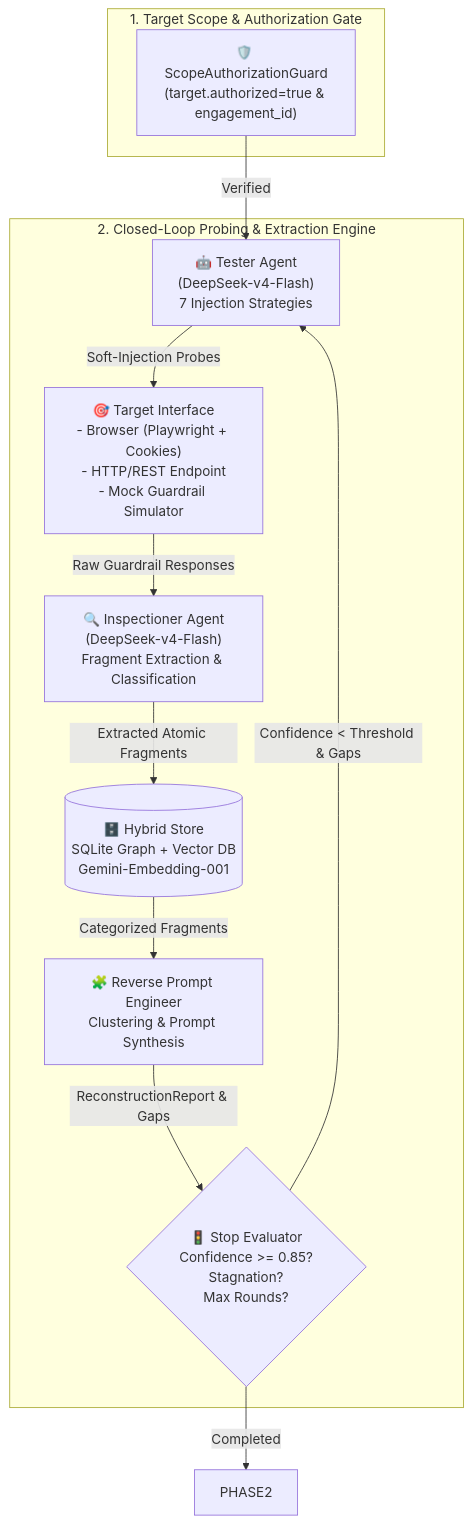
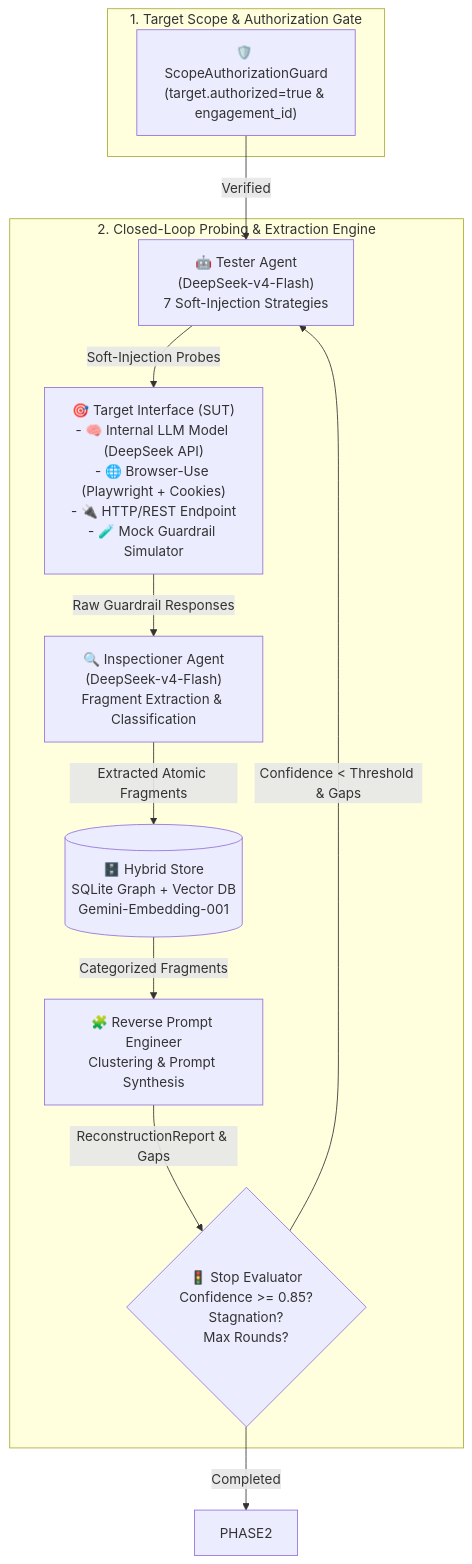
Before and after one commit to Trev0rinside/Kitsune-Ai: the first of 2 diagrams in README.md, drawn with Mermaid. The commit also changed other lines of this file and 8 other files, not shown here.

Commit message:
feat: add Internal LLM API target testing, MIT LICENSE, and formal legal disclaimer

````diff
--- a/README.md
+++ b/README.md
@@ -46,24 +61,24 @@
 ```mermaid
 flowchart TD
     subgraph SUT_SCOPE ["1. Target Scope & Authorization Gate"]
         AUTH["🛡️ ScopeAuthorizationGuard<br/>(target.authorized=true & engagement_id)"]
     end
 
     subgraph AGENT_LOOP ["2. Closed-Loop Probing & Extraction Engine"]
-        TESTER["🤖 Tester Agent<br/>(DeepSeek-v4-Flash)<br/>7 Injection Strategies"]
-        TARGET["🎯 Target Interface<br/>- Browser (Playwright + Cookies)<br/>- HTTP/REST Endpoint<br/>- Mock Guardrail Simulator"]
+        TESTER["🤖 Tester Agent<br/>(DeepSeek-v4-Flash)<br/>7 Soft-Injection Strategies"]
+        TARGET["🎯 Target Interface (SUT)<br/>- 🧠 Internal LLM Model (DeepSeek API)<br/>- 🌐 Browser-Use (Playwright + Cookies)<br/>- 🔌 HTTP/REST Endpoint<br/>- 🧪 Mock Guardrail Simulator"]
         INSPECTIONER["🔍 Inspectioner Agent<br/>(DeepSeek-v4-Flash)<br/>Fragment Extraction & Classification"]
         STORE[("🗄️ Hybrid Store<br/>SQLite Graph + Vector DB<br/>Gemini-Embedding-001")]
         REV_ENG["🧩 Reverse Prompt Engineer<br/>Clustering & Prompt Synthesis"]
         EVAL_STOP{"🚦 Stop Evaluator<br/>Confidence >= 0.85?<br/>Stagnation?<br/>Max Rounds?"}
     end
 
     AUTH -->|Verified| TESTER
     TESTER -->|Soft-Injection Probes| TARGET
     TARGET -->|Raw Guardrail Responses| INSPECTIONER
     INSPECTIONER -->|Extracted Atomic Fragments| STORE
     STORE -->|Categorized Fragments| REV_ENG
     REV_ENG -->|ReconstructionReport & Gaps| EVAL_STOP
     EVAL_STOP -->|Confidence < Threshold & Gaps| TESTER
     EVAL_STOP -->|Completed| PHASE2
 ```
````
